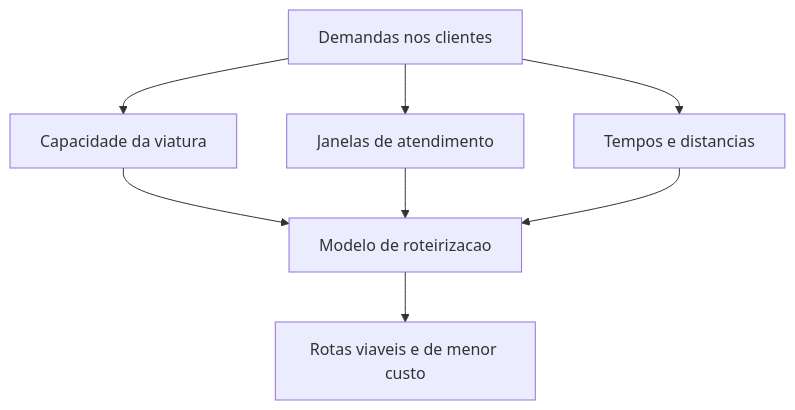
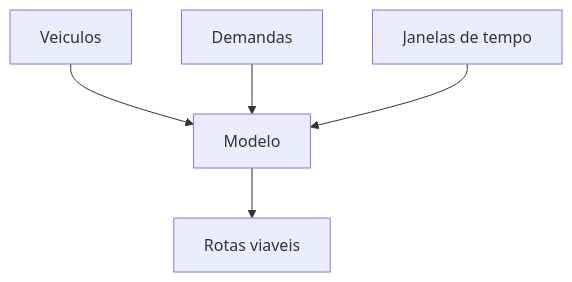
One commit to ThiagoBibiano/aredes-roteirizacao-numerario changed the diagram in docs/apresentacao/03-modelagem-e-funcao-objetivo.md. Above: the diagram before and after it, drawn with Mermaid. The commit also changed other lines of this file and 4 other files, not shown here.

````diff
--- a/docs/apresentacao/03-modelagem-e-funcao-objetivo.md
+++ b/docs/apresentacao/03-modelagem-e-funcao-objetivo.md
@@ -141,10 +22,7 @@
 ```mermaid
 flowchart TD
-    A[Demandas nos clientes] --> B[Capacidade da viatura]
-    A --> C[Janelas de atendimento]
-    A --> D[Tempos e distancias]
-    B --> E[Modelo de roteirizacao]
-    C --> E
-    D --> E
-    E --> F[Rotas viaveis e de menor custo]
+    A[Veiculos] --> D[Modelo]
+    B[Demandas] --> D
+    C[Janelas de tempo] --> D
+    D --> E[Rotas viaveis]
 ```
````
